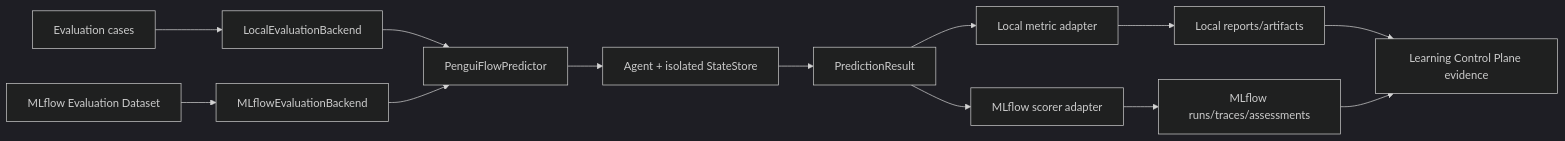
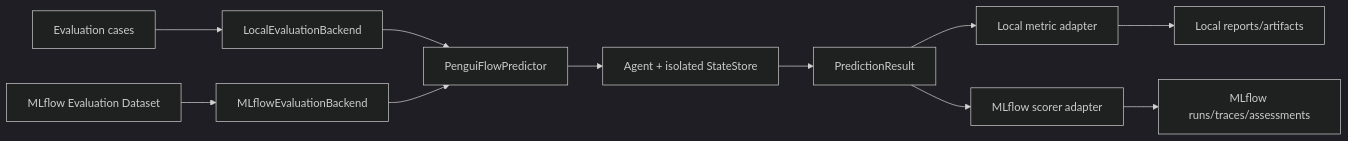
The diagram in docs/proposals/DUAL_LOCAL_MLFLOW_EVALUATION_BACKENDS.md (GMartin-dev/penguiflow), drawn with Mermaid (dark theme) before and after one commit. The commit also changed other lines of this file and 1 other file, not shown here.

````diff
--- a/docs/proposals/DUAL_LOCAL_MLFLOW_EVALUATION_BACKENDS.md
+++ b/docs/proposals/DUAL_LOCAL_MLFLOW_EVALUATION_BACKENDS.md
@@ -513,20 +520,17 @@
 ```mermaid
-flowchart LR
+graph LR
     C[Evaluation cases] --> L[LocalEvaluationBackend]
     D[MLflow Evaluation Dataset] --> M[MLflowEvaluationBackend]
 
     L --> P[PenguiFlowPredictor]
     M --> P
 
     P --> A[Agent + isolated StateStore]
     A --> R[PredictionResult]
 
     R --> LM[Local metric adapter]
     R --> MS[MLflow scorer adapter]
 
     LM --> LR[Local reports/artifacts]
     MS --> MR[MLflow runs/traces/assessments]
-
-    LR --> CP[Learning Control Plane evidence]
-    MR --> CP
 ```
````
